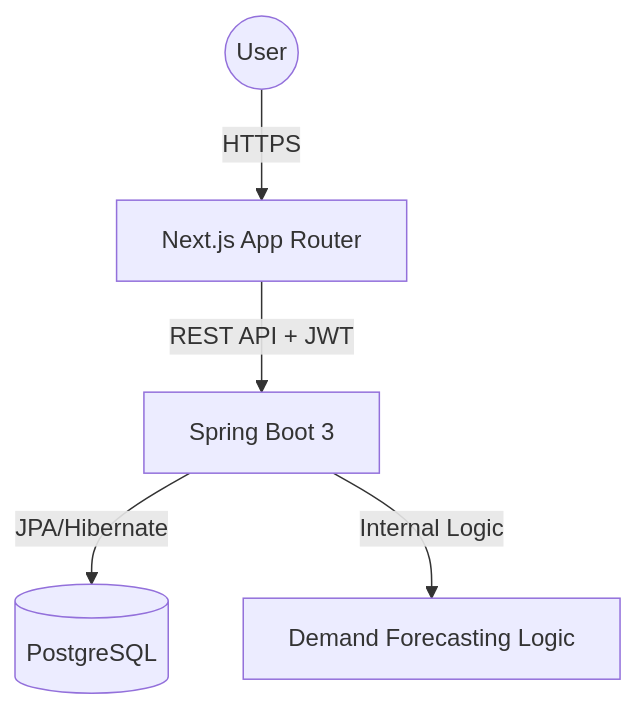
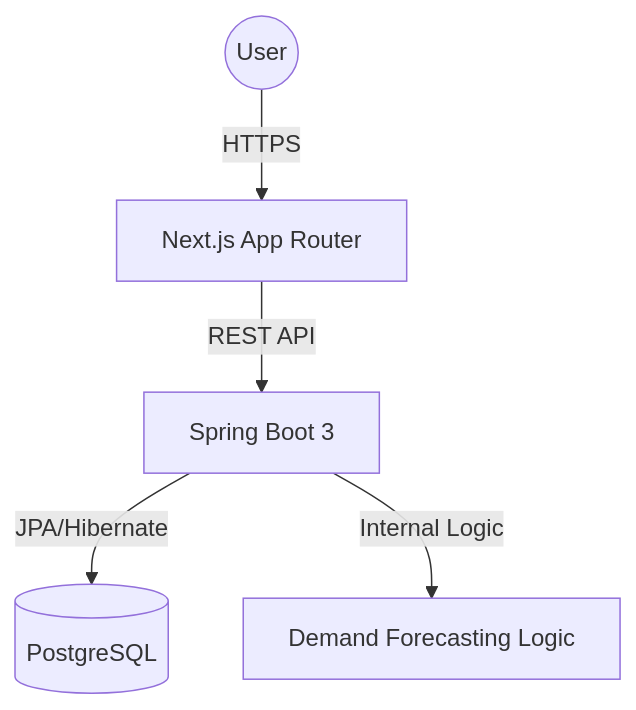
Before and after one commit to ImaneElla/inventory-system: the diagram in README.md, drawn with Mermaid.

Commit message:
Update system architecture diagram in README

````diff
--- a/README.md
+++ b/README.md
@@ -107,7 +107,7 @@
 ```mermaid
 graph TD
     User((User)) -->|HTTPS| Frontend[Next.js App Router]
-    Frontend -->|REST API + JWT| Backend[Spring Boot 3]
+    Frontend -->|REST API | Backend[Spring Boot 3]
     Backend -->|JPA/Hibernate| DB[(PostgreSQL)]
     Backend -->|Internal Logic| AI[Demand Forecasting Logic]
 ```
````
